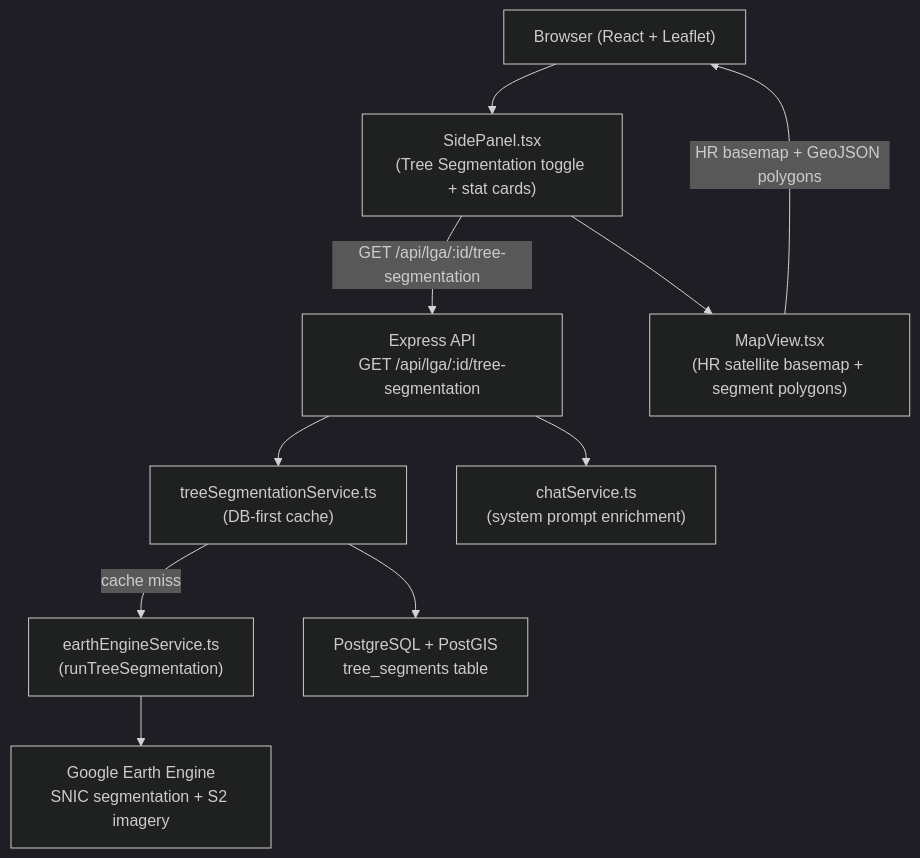
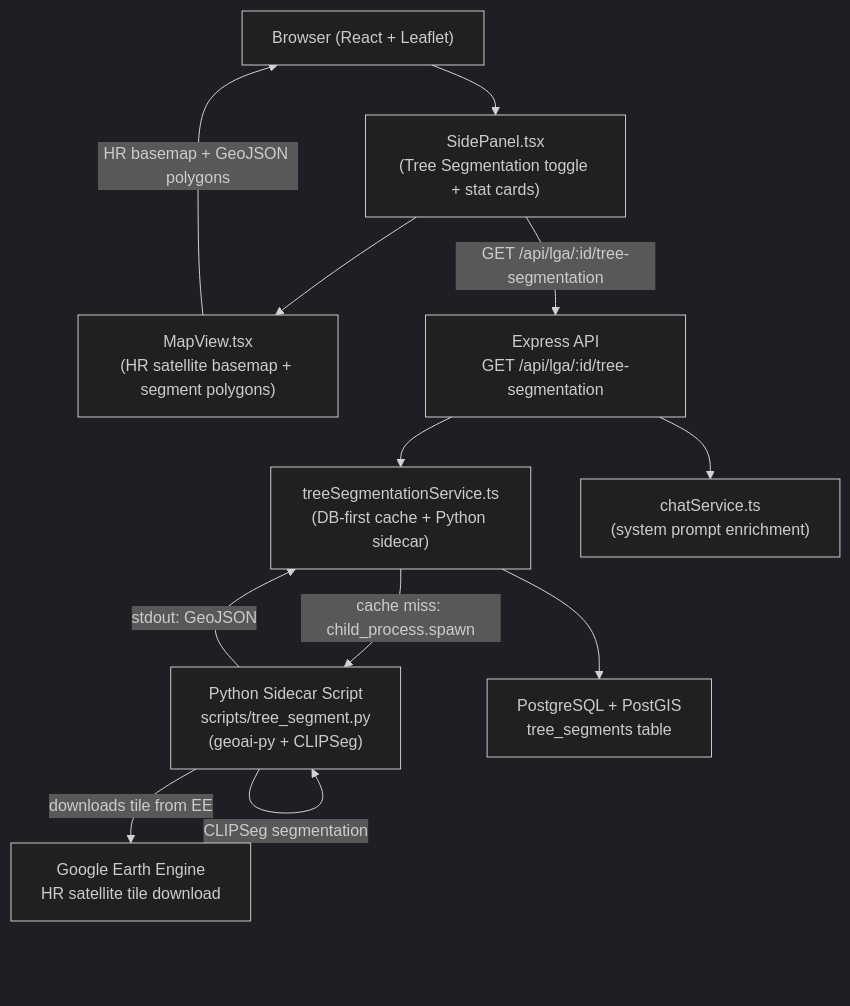
One commit to D33pakGanesh/heatgpt-old changed the seventh of 9 diagrams in .kiro/specs/heatgpt/design.md. Above: the diagram before and after it, drawn with Mermaid (dark theme). The commit also changed other lines of this file and 2 other files, not shown here.

First line of the commit message:
refactor: replace SNIC with geoai-py CLIPSeg for true GeoAI tree segmentation

````diff
--- a/.kiro/specs/heatgpt/design.md
+++ b/.kiro/specs/heatgpt/design.md
@@ -2021,22 +2028,24 @@
 ```mermaid
 graph TD
     User["Browser (React + Leaflet)"]
     SP["SidePanel.tsx\n(Tree Segmentation toggle + stat cards)"]
     MV["MapView.tsx\n(HR satellite basemap + segment polygons)"]
     API["Express API\nGET /api/lga/:id/tree-segmentation"]
-    TSS["treeSegmentationService.ts\n(DB-first cache)"]
-    EES["earthEngineService.ts\n(runTreeSegmentation)"]
+    TSS["treeSegmentationService.ts\n(DB-first cache + Python sidecar)"]
+    PY["Python Sidecar Script\nscripts/tree_segment.py\n(geoai-py + CLIPSeg)"]
     DB["PostgreSQL + PostGIS\ntree_segments table"]
-    EE["Google Earth Engine\nSNIC segmentation + S2 imagery"]
+    EE["Google Earth Engine\nHR satellite tile download"]
     Chat["chatService.ts\n(system prompt enrichment)"]
 
     User --> SP
     SP -->|"GET /api/lga/:id/tree-segmentation"| API
     API --> TSS
-    TSS -->|"cache miss"| EES
-    EES --> EE
+    TSS -->|"cache miss: child_process.spawn"| PY
+    PY -->|"downloads tile from EE"| EE
+    PY -->|"CLIPSeg segmentation"| PY
+    PY -->|"stdout: GeoJSON"| TSS
     TSS --> DB
     API --> Chat
     SP --> MV
     MV -->|"HR basemap + GeoJSON polygons"| User
 ```
````
